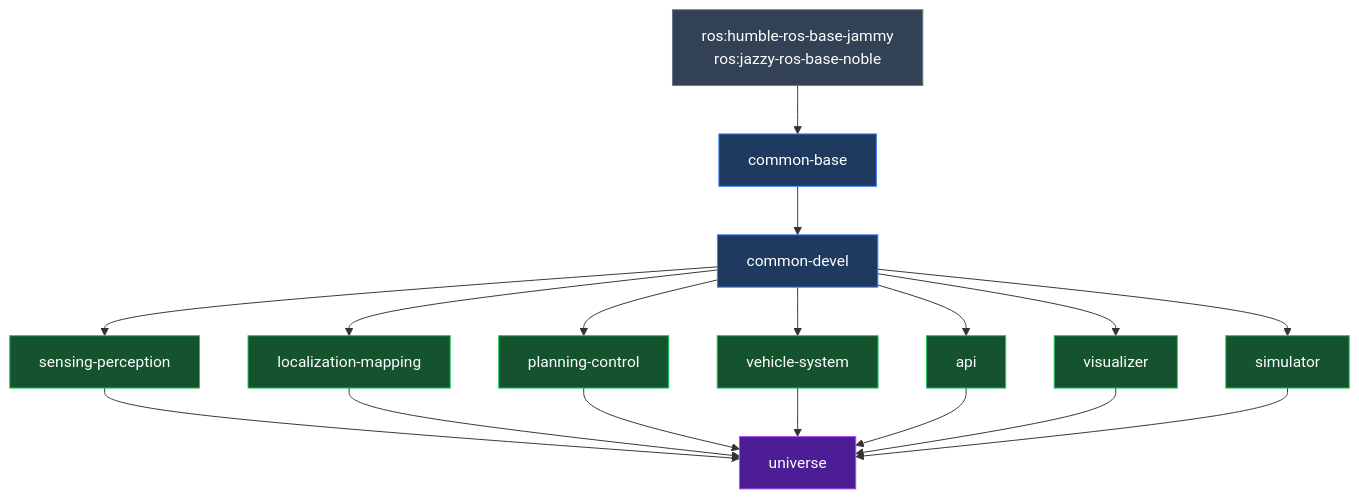
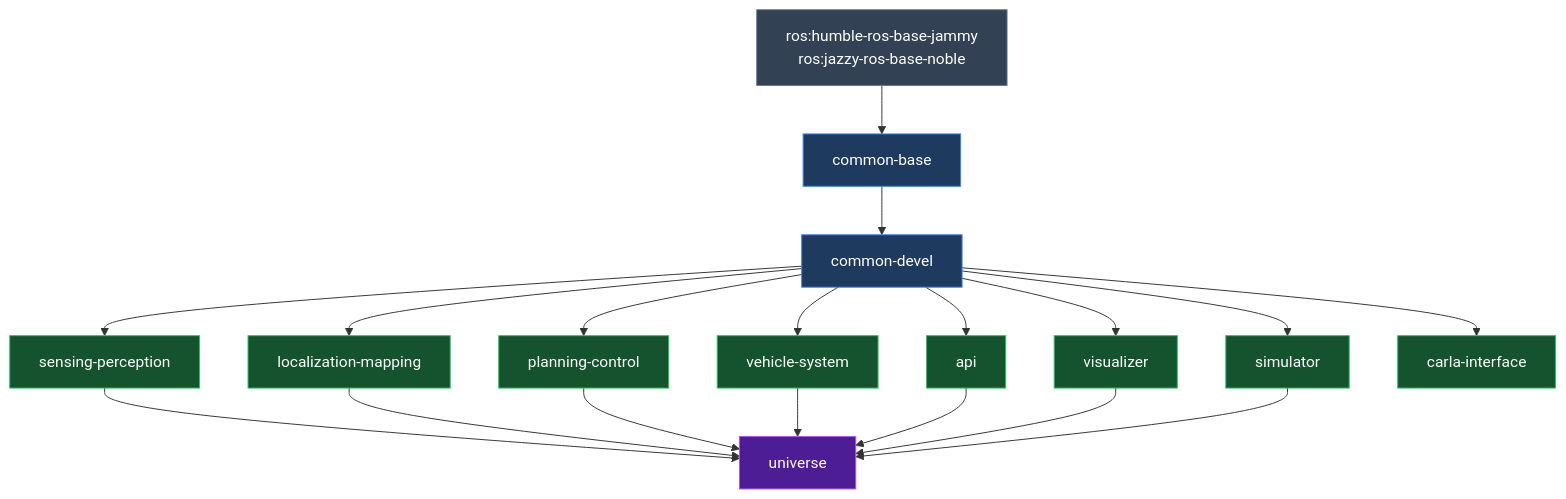
One commit to oguzkaganozt/openadkit changed the diagram in components/README.md. Above: the diagram before and after it, drawn with Mermaid. The commit also changed other lines of this file and 15 other files, not shown here.

First line of the commit message:
refactor(carla): move carla-interface from tools to components

````diff
--- a/components/README.md
+++ b/components/README.md
@@ -9,31 +9,32 @@
 ```mermaid
 flowchart TB
     ROS["ros:humble-ros-base-jammy<br/>ros:jazzy-ros-base-noble"] --> CB["common-base"]
     CB --> CD["common-devel"]
 
     CD --> SP["sensing-perception"]
     CD --> LM["localization-mapping"]
     CD --> PC["planning-control"]
     CD --> VS["vehicle-system"]
     CD --> API["api"]
     CD --> VIZ["visualizer"]
     CD --> SIM["simulator"]
+    CD --> CARLA["carla-interface"]
 
     SP --> UNI["universe"]
     LM --> UNI
     PC --> UNI
     VS --> UNI
     API --> UNI
     VIZ --> UNI
     SIM --> UNI
 
     classDef ros fill:#334155,stroke:#64748b,color:#fff
     classDef common fill:#1e3a5f,stroke:#3b82f6,color:#fff
     classDef component fill:#14532d,stroke:#22c55e,color:#fff
     classDef universe fill:#4c1d95,stroke:#a855f7,color:#fff
 
     class ROS ros
     class CB,CD common
-    class SP,LM,PC,VS,API,VIZ,SIM component
+    class SP,LM,PC,VS,API,VIZ,SIM,CARLA component
     class UNI universe
 ```
````
